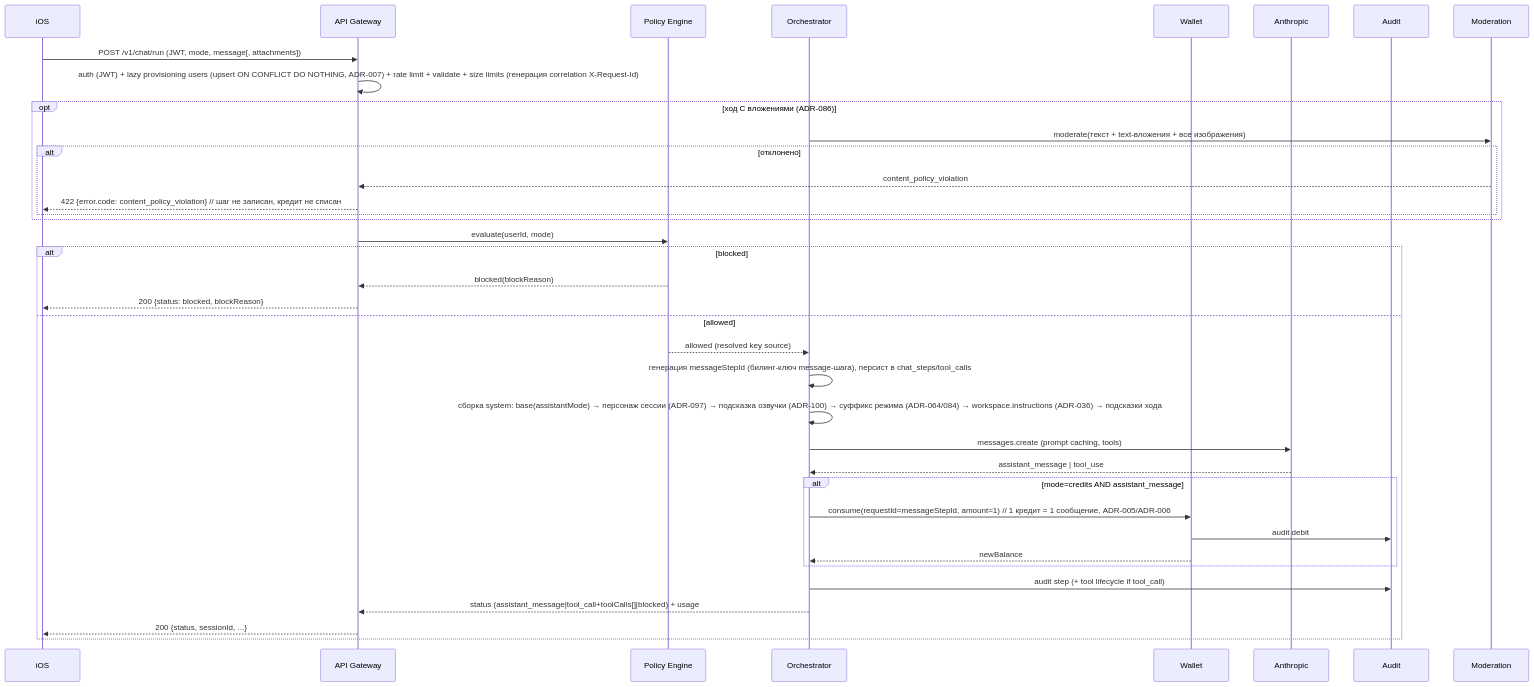
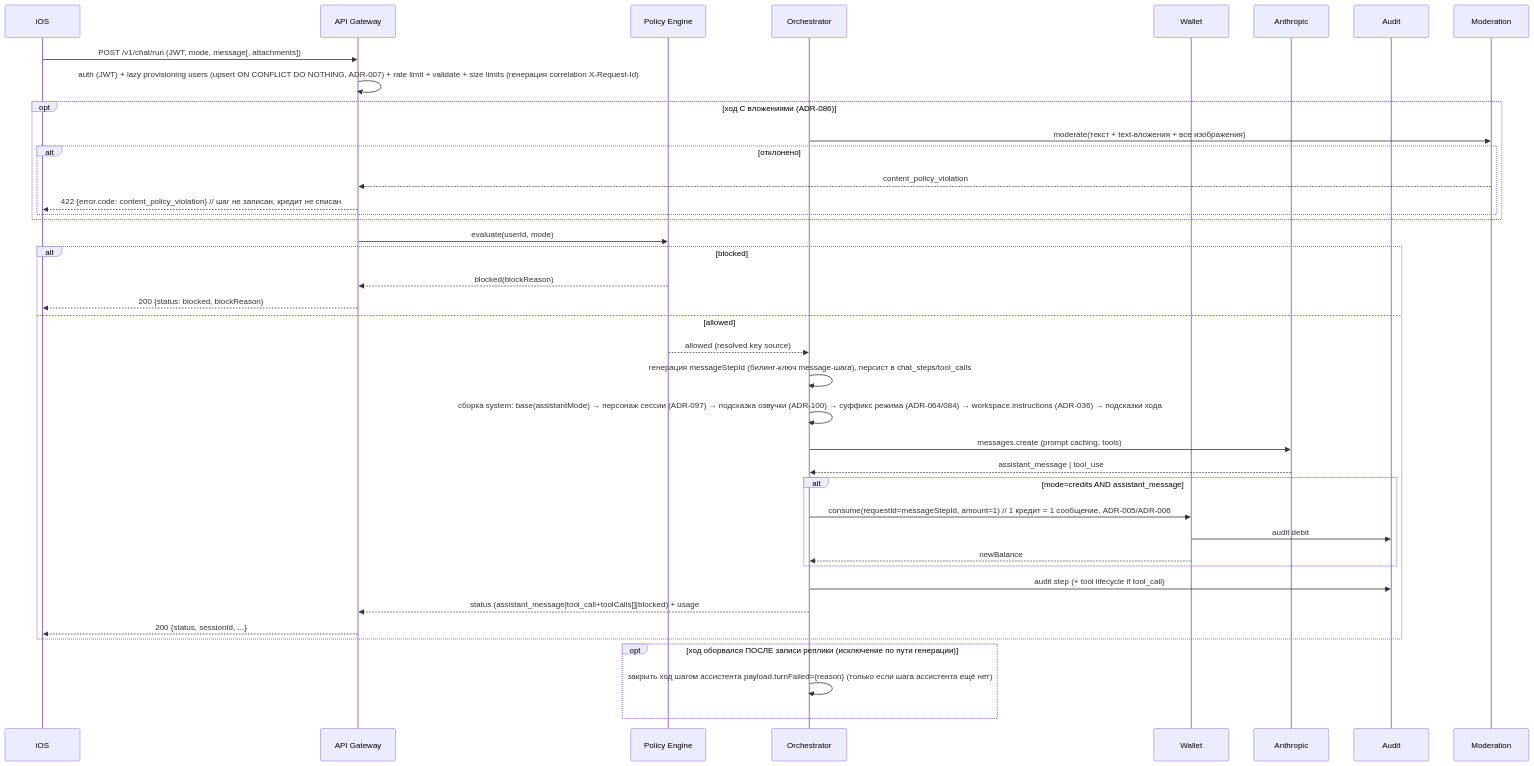
One commit to eliseiv/claude-ios changed the second of 3 diagrams in docs/01-architecture.md. Above: the diagram before and after it, drawn with Mermaid. The commit also changed other lines of this file and 18 other files, not shown here.

````diff
--- a/docs/01-architecture.md
+++ b/docs/01-architecture.md
@@ -110,40 +110,43 @@
 ```mermaid
 sequenceDiagram
     participant C as iOS
     participant GW as API Gateway
     participant P as Policy Engine
     participant O as Orchestrator
     participant W as Wallet
     participant A as Anthropic
     participant AU as Audit
 
     participant M as Moderation
     C->>GW: POST /v1/chat/run (JWT, mode, message[, attachments])
     GW->>GW: auth (JWT) + lazy provisioning users (upsert ON CONFLICT DO NOTHING, ADR-007) + rate limit + validate + size limits (генерация correlation X-Request-Id)
     opt ход С вложениями (ADR-086)
         O->>M: moderate(текст + text-вложения + все изображения)
         alt отклонено
             M-->>GW: content_policy_violation
             GW-->>C: 422 {error.code: content_policy_violation}  // шаг не записан, кредит не списан
         end
     end
     GW->>P: evaluate(userId, mode)
     alt blocked
         P-->>GW: blocked(blockReason)
         GW-->>C: 200 {status: blocked, blockReason}
     else allowed
         P-->>O: allowed (resolved key source)
         O->>O: генерация messageStepId (билинг-ключ message-шага), персист в chat_steps/tool_calls
         O->>O: сборка system: base(assistantMode) → персонаж сессии (ADR-097) → подсказка озвучки (ADR-100) → суффикс режима (ADR-064/084) → workspace.instructions (ADR-036) → подсказки хода
         O->>A: messages.create (prompt caching, tools)
         A-->>O: assistant_message | tool_use
         alt mode=credits AND assistant_message
             O->>W: consume(requestId=messageStepId, amount=1)  // 1 кредит = 1 сообщение, ADR-005/ADR-006
             W->>AU: audit debit
             W-->>O: newBalance
         end
         O->>AU: audit step (+ tool lifecycle if tool_call)
         O-->>GW: status (assistant_message|tool_call+toolCalls[]|blocked) + usage
         GW-->>C: 200 {status, sessionId, ...}
     end
+    opt ход оборвался ПОСЛЕ записи реплики (исключение по пути генерации)
+        O->>O: закрыть ход шагом ассистента payload.turnFailed={reason} (только если шага ассистента ещё нет)
+    end
 ```
````
